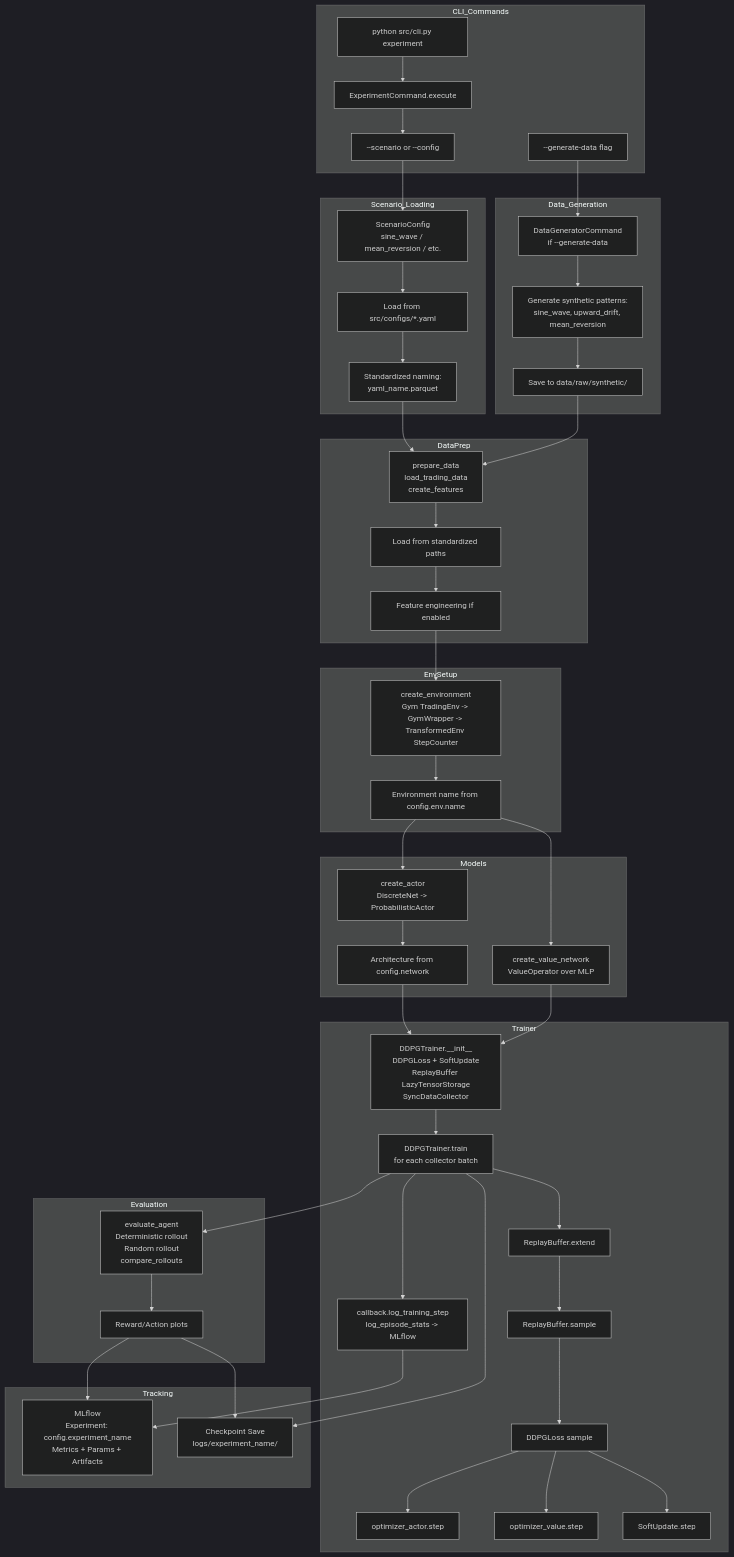
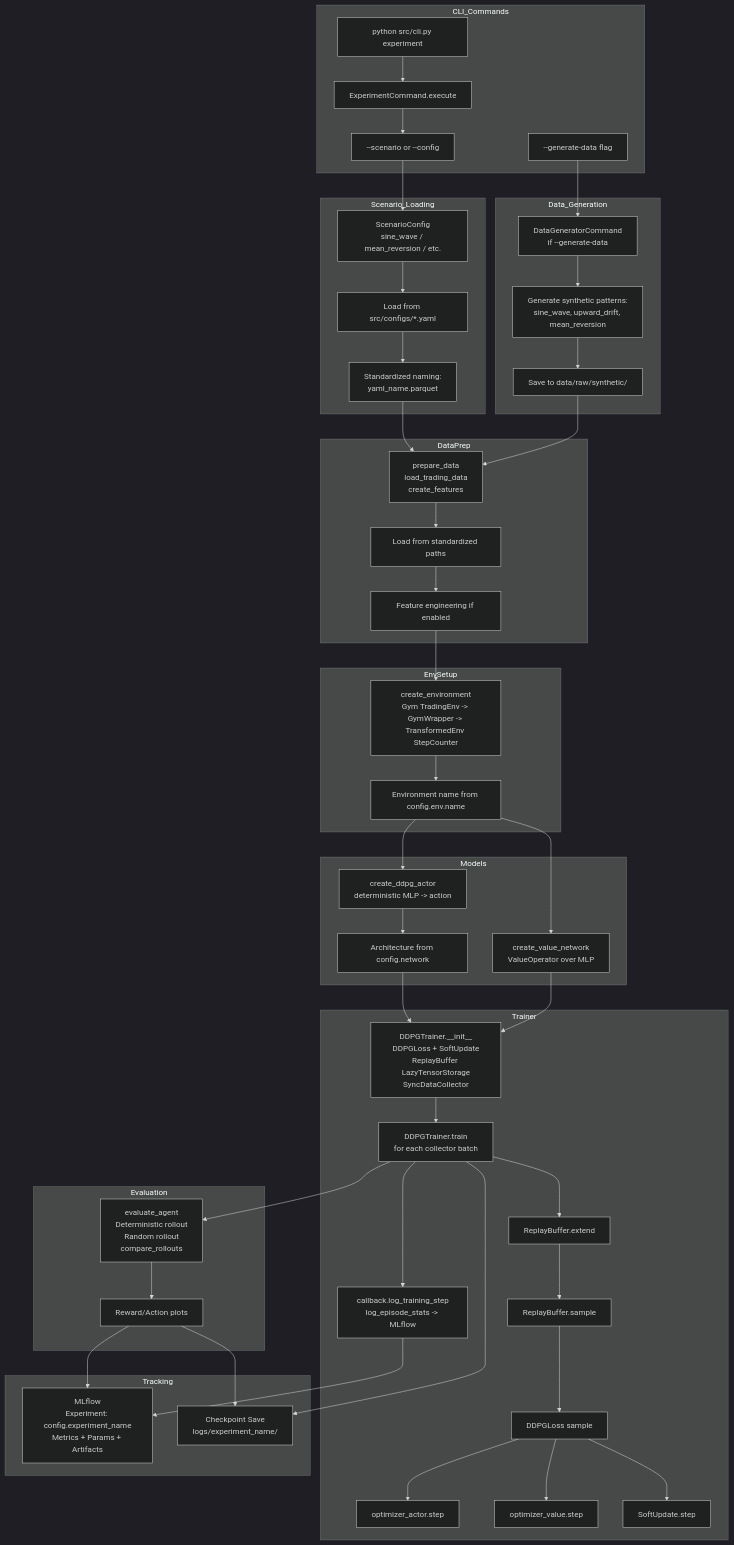
One commit to kwojdalski/masters_thesis changed the diagram in docs/ddpg_implementation_overview.md. Above: the diagram before and after it, drawn with Mermaid (dark theme). The commit also changed other lines of this file and 4 other files, not shown here.

````diff
--- a/docs/ddpg_implementation_overview.md
+++ b/docs/ddpg_implementation_overview.md
@@ -3,80 +10,80 @@
 ```mermaid
 flowchart TD
     subgraph CLI_Commands
         A[python src/cli.py experiment]
         A1[ExperimentCommand.execute]
         A2[--scenario or --config]
         A3[--generate-data flag]
     end
 
     subgraph Scenario_Loading
         B["ScenarioConfig<br/>sine_wave / mean_reversion / etc."]
         B1[Load from src/configs/*.yaml]
         B2[Standardized naming:<br/>yaml_name.parquet]
     end
 
     subgraph Data_Generation
         C["DataGeneratorCommand<br/>if --generate-data"]
         C1[Generate synthetic patterns:<br/>sine_wave, upward_drift, mean_reversion]
         C2[Save to data/raw/synthetic/]
     end
 
     subgraph DataPrep
         D[prepare_data<br/>load_trading_data<br/>create_features]
         D1[Load from standardized paths]
         D2["Feature engineering if enabled"]
     end
 
     subgraph EnvSetup
         E["create_environment<br/>Gym TradingEnv -> GymWrapper -> TransformedEnv StepCounter"]
         E1[Environment name from config.env.name]
     end
 
     subgraph Models
-        F["create_actor<br/>DiscreteNet -> ProbabilisticActor"]
+        F["create_ddpg_actor<br/>deterministic MLP -> action"]
         G["create_value_network<br/>ValueOperator over MLP"]
         F1[Architecture from config.network]
     end
 
     subgraph Trainer
         H["DDPGTrainer.__init__<br/>DDPGLoss + SoftUpdate<br/>ReplayBuffer LazyTensorStorage<br/>SyncDataCollector"]
         I[DDPGTrainer.train<br/>for each collector batch]
         J[ReplayBuffer.extend]
         K[ReplayBuffer.sample]
         L["DDPGLoss sample"]
         M["optimizer_actor.step"]
         N["optimizer_value.step"]
         O["SoftUpdate.step"]
         P[callback.log_training_step<br/>log_episode_stats -> MLflow]
     end
 
     subgraph Evaluation
         Q[evaluate_agent<br/>Deterministic rollout<br/>Random rollout<br/>compare_rollouts]
         R[Reward/Action plots]
     end
 
     subgraph Tracking
         S[MLflow<br/>Experiment: config.experiment_name<br/>Metrics + Params + Artifacts]
         T[Checkpoint Save<br/>logs/experiment_name/]
     end
 
     A --> A1 --> A2
     A2 --> B --> B1 --> B2
     A3 --> C --> C1 --> C2
     B2 --> D --> D1 --> D2
     C2 --> D
     D2 --> E --> E1
     E1 --> F --> F1
     E1 --> G
     F1 --> H
     G --> H
     H --> I
     I --> J --> K --> L
     L --> M
     L --> N
     L --> O
     I --> P --> S
     I --> T
     I --> Q --> R --> S
     R --> T
 ```
````
